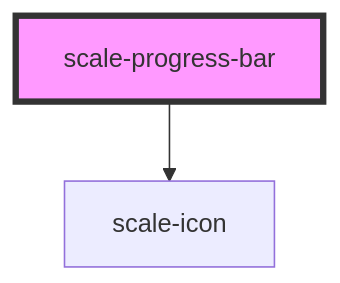
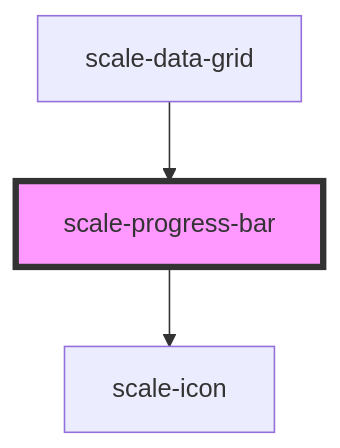
The diagram in packages/components/src/components/progress-bar/readme.md (gaurishkamat/scale), drawn with Mermaid before and after one commit. The commit also changed other lines of this file and 94 other files, not shown here.

````diff
--- a/packages/components/src/components/progress-bar/readme.md
+++ b/packages/components/src/components/progress-bar/readme.md
@@ -34,5 +38,6 @@
 ```mermaid
 graph TD;
   scale-progress-bar --> scale-icon
+  scale-data-grid --> scale-progress-bar
   style scale-progress-bar fill:#f9f,stroke:#333,stroke-width:4px
 ```
````
